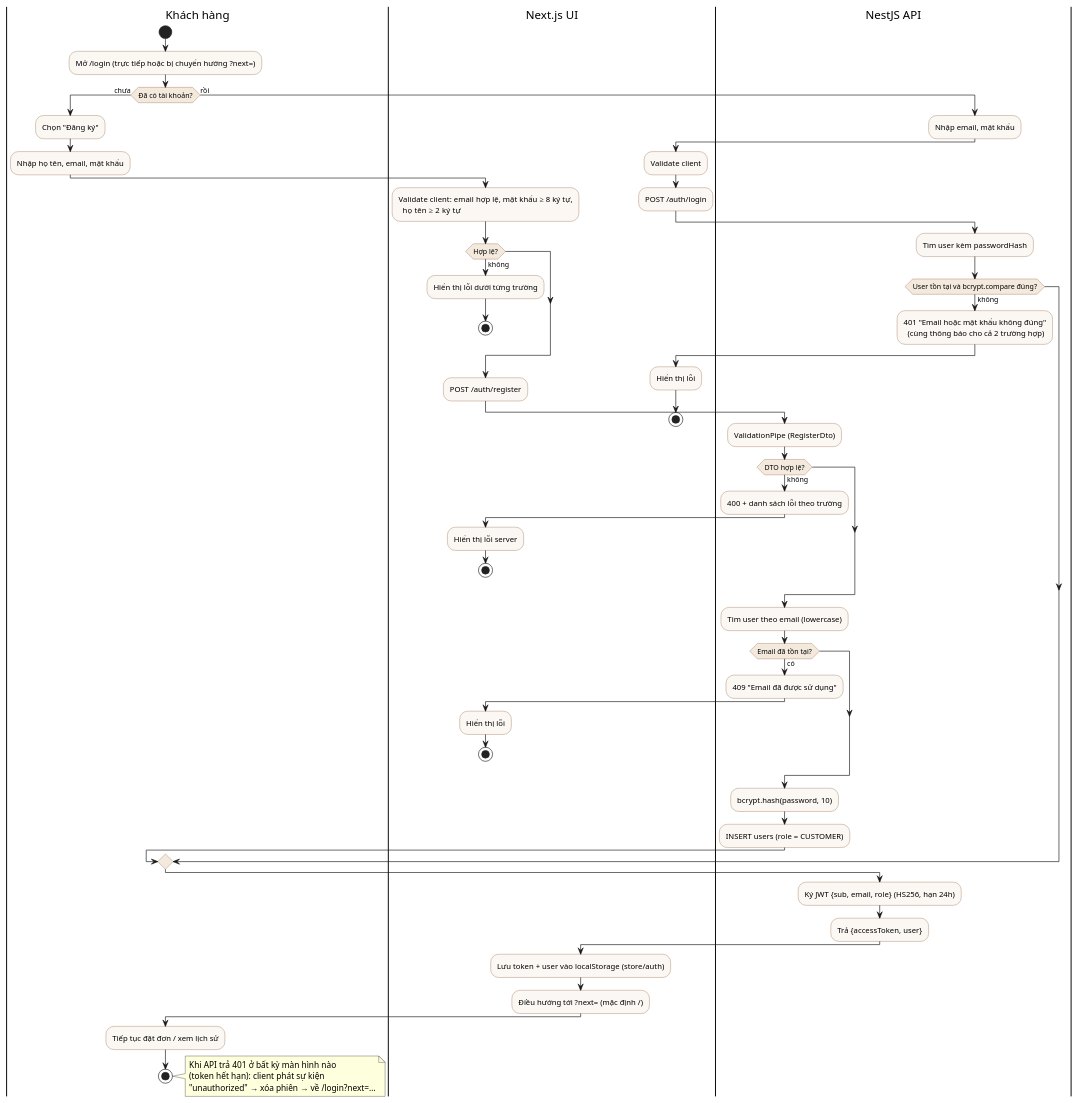
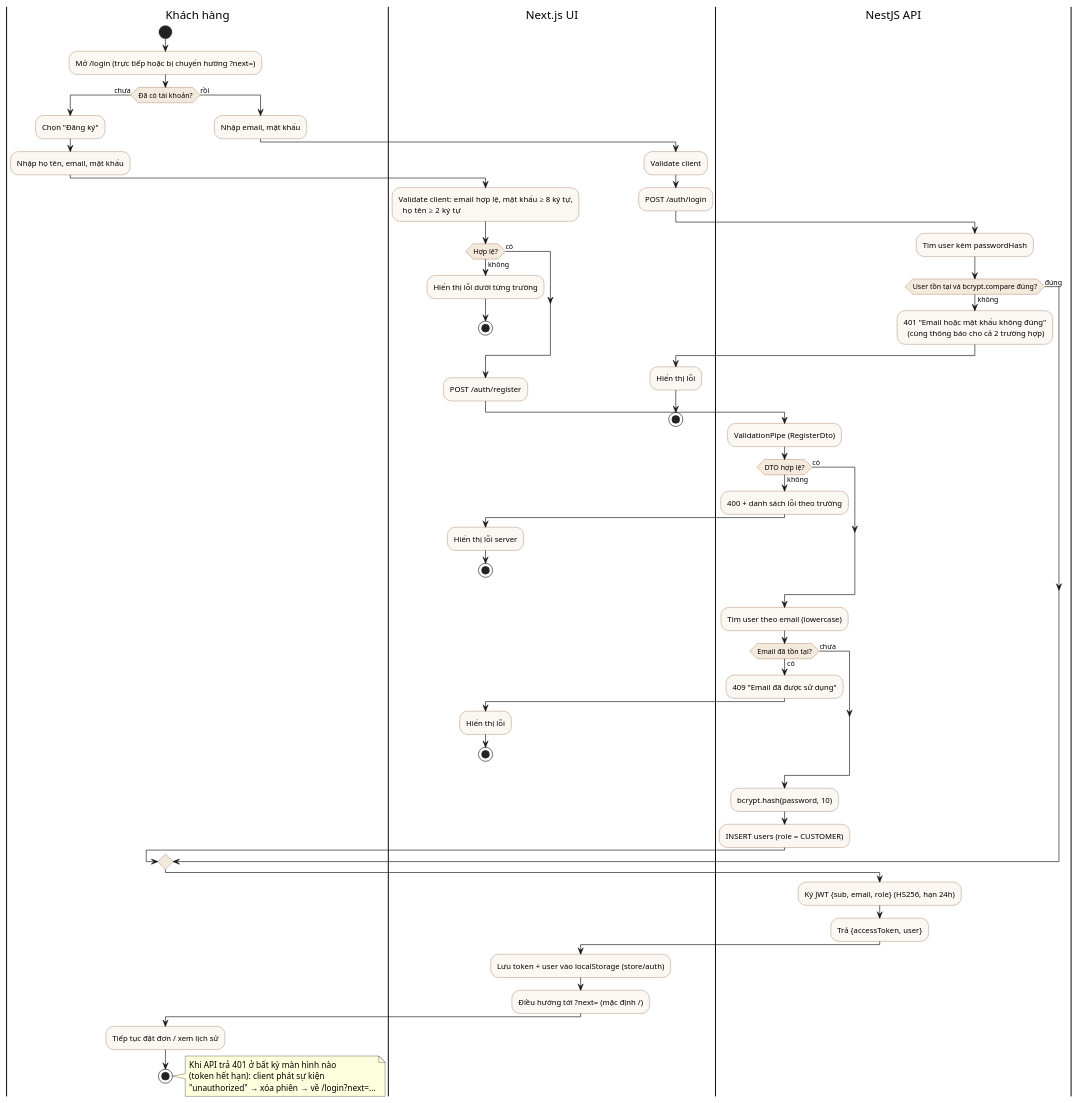
One commit to LHTCoder/brewlite changed the diagram in docs/diagrams/activity-auth.puml. Above: the diagram before and after it, drawn with PlantUML. The commit also changed 23 other files, not shown here.

```diff
--- a/docs/diagrams/activity-auth.puml
+++ b/docs/diagrams/activity-auth.puml
@@ -1,68 +1,73 @@
 @startuml activity-auth
 ' Activity-04: Đăng ký / Đăng nhập và cấp JWT (FR-04)
 skinparam ActivityBackgroundColor #FBF7F2
 skinparam ActivityBorderColor #8A5733
 skinparam ActivityDiamondBackgroundColor #F3E9DC
 |Khách hàng|
 start
 :Mở /login (trực tiếp hoặc bị chuyển hướng ?next=);
 if (Đã có tài khoản?) then (chưa)
   :Chọn "Đăng ký";
   :Nhập họ tên, email, mật khẩu;
   |Next.js UI|
   :Validate client: email hợp lệ, mật khẩu ≥ 8 ký tự,
     họ tên ≥ 2 ký tự;
   if (Hợp lệ?) then (không)
     :Hiển thị lỗi dưới từng trường;
     stop
+  else (có)
   endif
   :POST /auth/register;
   |NestJS API|
   :ValidationPipe (RegisterDto);
   if (DTO hợp lệ?) then (không)
     :400 + danh sách lỗi theo trường;
     |Next.js UI|
     :Hiển thị lỗi server;
     stop
+  else (có)
   endif
   |NestJS API|
   :Tìm user theo email (lowercase);
   if (Email đã tồn tại?) then (có)
     :409 "Email đã được sử dụng";
     |Next.js UI|
     :Hiển thị lỗi;
     stop
+  else (chưa)
   endif
   |NestJS API|
   :bcrypt.hash(password, 10);
   :INSERT users (role = CUSTOMER);
 else (rồi)
+  |Khách hàng|
   :Nhập email, mật khẩu;
   |Next.js UI|
   :Validate client;
   :POST /auth/login;
   |NestJS API|
   :Tìm user kèm passwordHash;
   if (User tồn tại và bcrypt.compare đúng?) then (không)
     :401 "Email hoặc mật khẩu không đúng"
       (cùng thông báo cho cả 2 trường hợp);
     |Next.js UI|
     :Hiển thị lỗi;
     stop
+  else (đúng)
   endif
 endif
 |NestJS API|
 :Ký JWT {sub, email, role} (HS256, hạn 24h);
 :Trả {accessToken, user};
 |Next.js UI|
 :Lưu token + user vào localStorage (store/auth);
 :Điều hướng tới ?next= (mặc định /);
 |Khách hàng|
 :Tiếp tục đặt đơn / xem lịch sử;
 stop
 note right
 Khi API trả 401 ở bất kỳ màn hình nào
 (token hết hạn): client phát sự kiện
 "unauthorized" → xóa phiên → về /login?next=…
 end note
 @enduml
```
